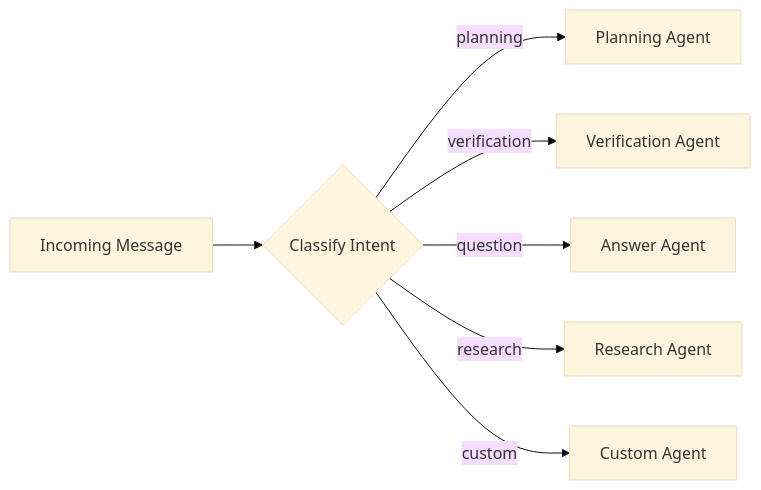
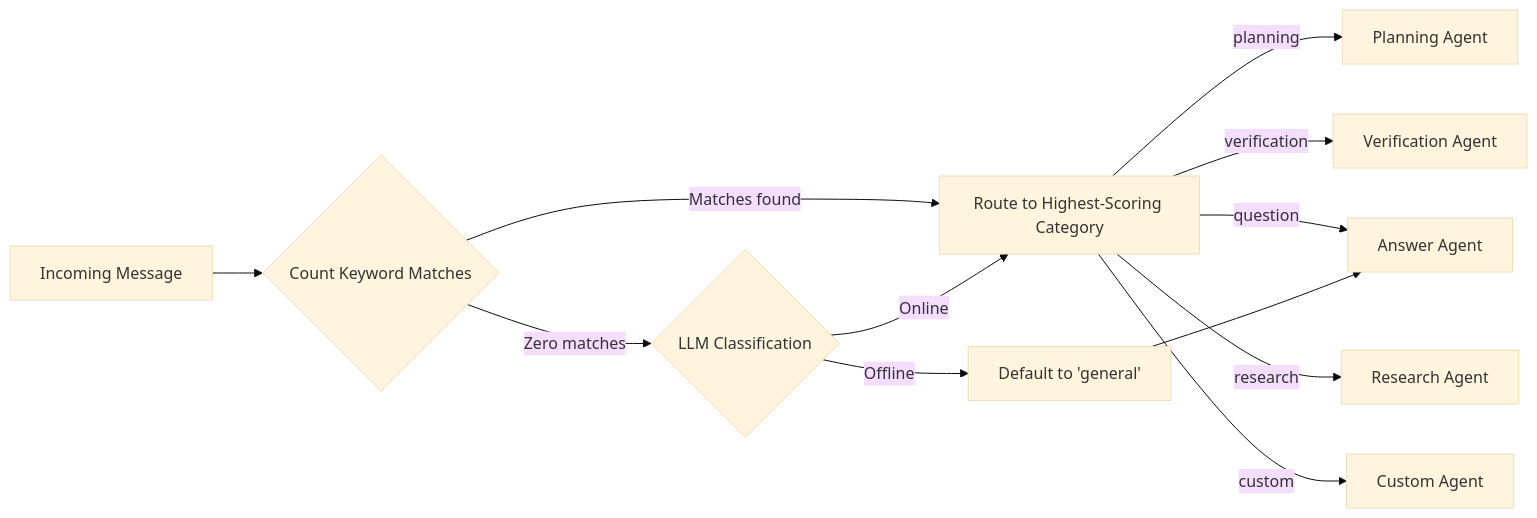
The first of 2 diagrams in True Plan/03-Agent-Teams-and-Roles.md (xXKillerNoobYT/Copilot-Orchestration-Extension-COE-Run-2), drawn with Mermaid (base theme) before and after one commit. The commit also changed other lines of this file and 52 other files, not shown here.

````diff
--- a/True Plan/03-Agent-Teams-and-Roles.md
+++ b/True Plan/03-Agent-Teams-and-Roles.md
@@ -79,9 +126,14 @@
 ```mermaid
 flowchart LR
-    MSG[Incoming Message] --> CLASSIFY{Classify Intent}
-    CLASSIFY -->|"planning"| PLAN[Planning Agent]
-    CLASSIFY -->|"verification"| VER[Verification Agent]
-    CLASSIFY -->|"question"| ANS[Answer Agent]
-    CLASSIFY -->|"research"| RES[Research Agent]
-    CLASSIFY -->|"custom"| CUST[Custom Agent]
+    MSG[Incoming Message] --> KEYWORDS{Count Keyword Matches}
+    KEYWORDS -->|Matches found| ROUTE[Route to Highest-Scoring Category]
+    KEYWORDS -->|Zero matches| LLM{LLM Classification}
+    LLM -->|Online| ROUTE
+    LLM -->|Offline| GENERAL[Default to 'general']
+    ROUTE -->|"planning"| PLAN[Planning Agent]
+    ROUTE -->|"verification"| VER[Verification Agent]
+    ROUTE -->|"question"| ANS[Answer Agent]
+    ROUTE -->|"research"| RES[Research Agent]
+    ROUTE -->|"custom"| CUST[Custom Agent]
+    GENERAL --> ANS
 ```
````
